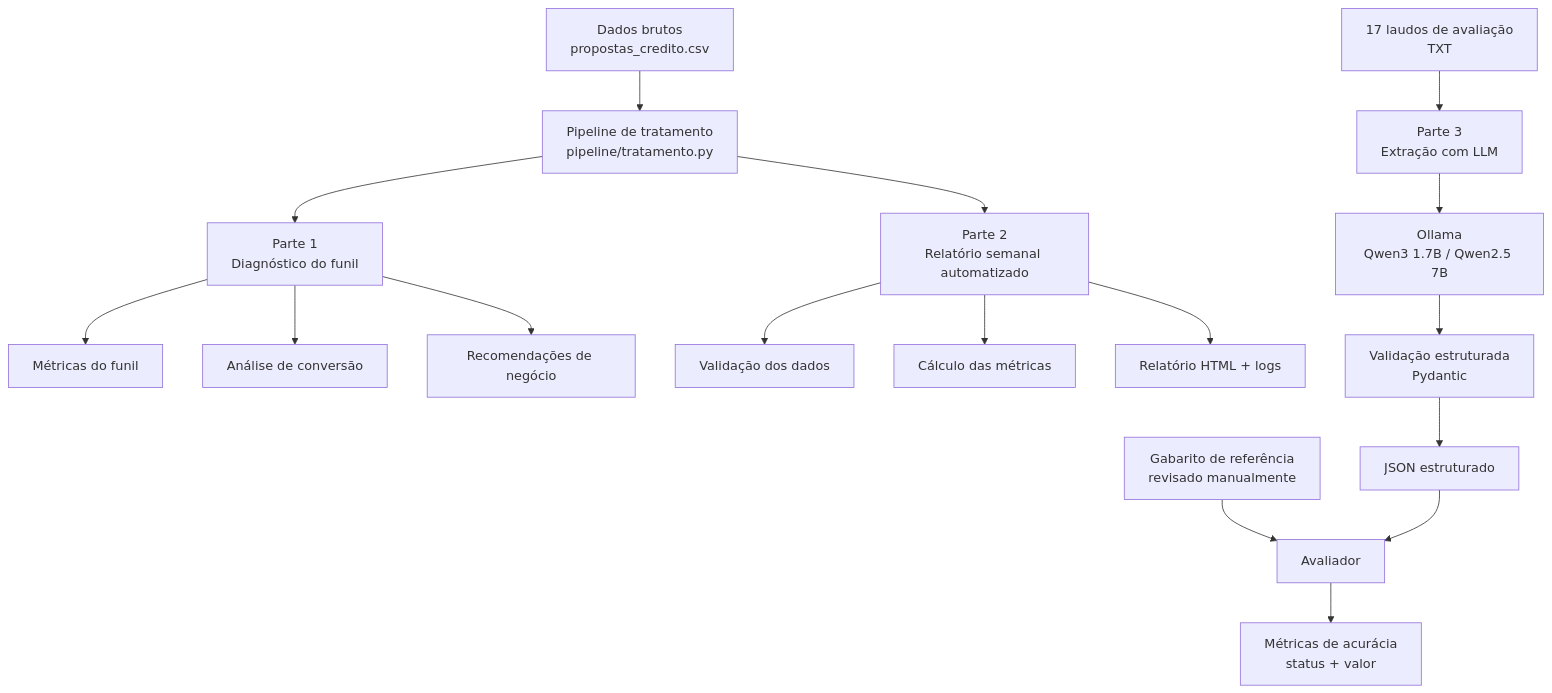
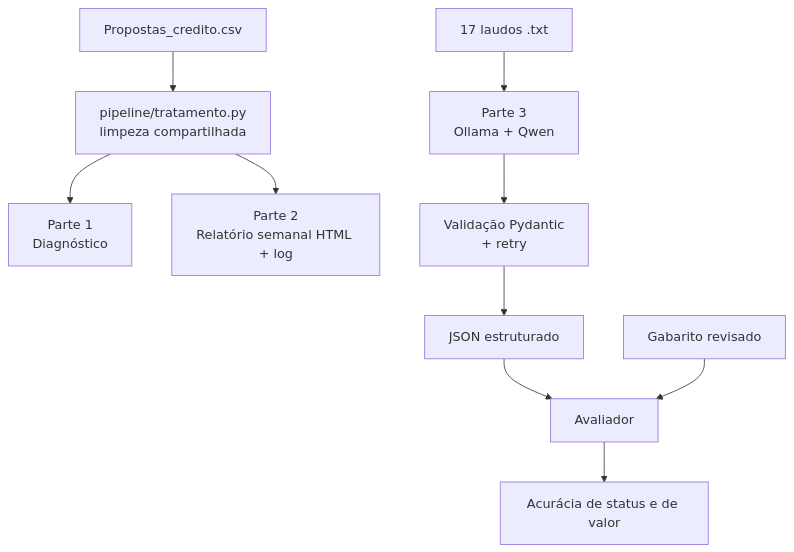
The diagram in README.md (vicvictorius/bari-case), drawn with Mermaid before and after one commit. The commit also changed other lines of this file, not shown here.

````diff
--- a/README.md
+++ b/README.md
@@ -60,29 +70,12 @@
 ```mermaid
 flowchart TD
-    A["Dados brutos<br/>propostas_credito.csv"] --> B["Pipeline de tratamento<br/>pipeline/tratamento.py"]
-
-    B --> C["Parte 1<br/>Diagnóstico do funil"]
-    B --> D["Parte 2<br/>Relatório semanal automatizado"]
-
-    C --> C1["Métricas do funil"]
-    C --> C2["Análise de conversão"]
-    C --> C3["Recomendações de negócio"]
-
-    D --> D1["Validação dos dados"]
-    D --> D2["Cálculo das métricas"]
-    D --> D3["Relatório HTML + logs"]
-
-    E["17 laudos de avaliação<br/>TXT"] --> F["Parte 3<br/>Extração com LLM"]
-
-    F --> G["Ollama<br/>Qwen3 1.7B / Qwen2.5 7B"]
-
-    G --> H["Validação estruturada<br/>Pydantic"]
-
-    H --> I["JSON estruturado"]
-
-    J["Gabarito de referência<br/>revisado manualmente"] --> K["Avaliador"]
-
-    I --> K
-
-    K --> L["Métricas de acurácia<br/>status + valor"]
+    A["Propostas_credito.csv"] --> B["pipeline/tratamento.py<br/>limpeza compartilhada"]
+    B --> C["Parte 1<br/>Diagnóstico"]
+    B --> D["Parte 2<br/>Relatório semanal HTML + log"]
+    E["17 laudos .txt"] --> F["Parte 3<br/>Ollama + Qwen"]
+    F --> G["Validação Pydantic<br/>+ retry"]
+    G --> H["JSON estruturado"]
+    H --> I["Avaliador"]
+    J["Gabarito revisado"] --> I
+    I --> K["Acurácia de status e de valor"]
 ```
````
